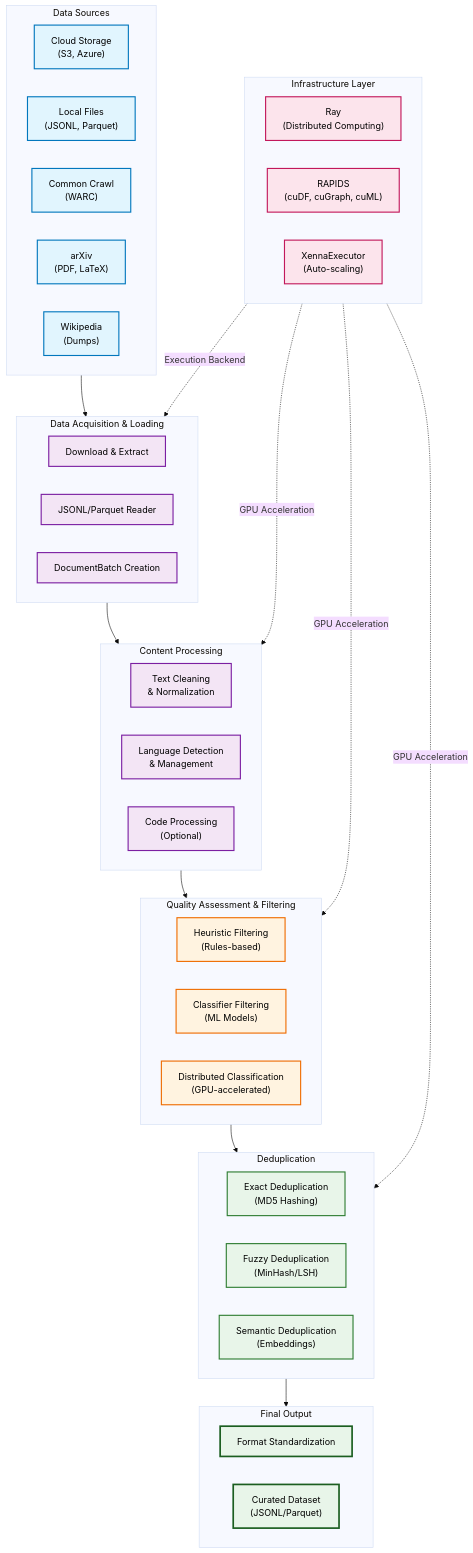
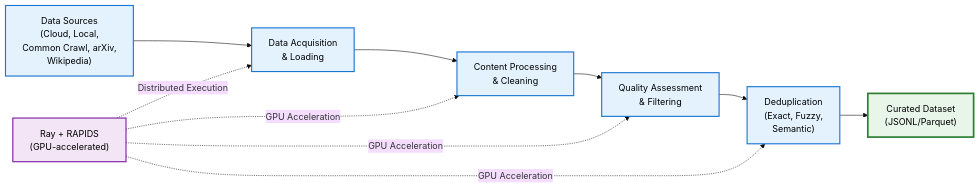
Before and after one commit to NVIDIA-NeMo/Curator: the diagram in docs/about/concepts/text/data-curation-pipeline.md, drawn with Mermaid (base theme). The commit also changed other lines of this file and 5 other files, not shown here.

````diff
--- a/docs/about/concepts/text/data-curation-pipeline.md
+++ b/docs/about/concepts/text/data-curation-pipeline.md
@@ -20,70 +20,21 @@
 ```{mermaid}
-flowchart TB
-    subgraph Sources["Data Sources"]
-        S1["Cloud Storage<br/>(S3, Azure)"]
-        S2["Local Files<br/>(JSONL, Parquet)"]
-        S3["Common Crawl<br/>(WARC)"]
-        S4["arXiv<br/>(PDF, LaTeX)"]
-        S5["Wikipedia<br/>(Dumps)"]
-    end
+flowchart LR
+    A["Data Sources<br/>(Cloud, Local,<br/>Common Crawl, arXiv,<br/>Wikipedia)"] --> B["Data Acquisition<br/>& Loading"]
+    B --> C["Content Processing<br/>& Cleaning"]
+    C --> D["Quality Assessment<br/>& Filtering"]
+    D --> E["Deduplication<br/>(Exact, Fuzzy,<br/>Semantic)"]
+    E --> F["Curated Dataset<br/>(JSONL/Parquet)"]
+    
+    G["Ray + RAPIDS<br/>(GPU-accelerated)"] -.->|"Distributed Execution"| B
+    G -.->|"GPU Acceleration"| C
+    G -.->|"GPU Acceleration"| D
+    G -.->|"GPU Acceleration"| E
 
-    subgraph Acquisition["Data Acquisition & Loading"]
-        A1["Download & Extract"]
-        A2["JSONL/Parquet Reader"]
-        A3["DocumentBatch Creation"]
-    end
+    classDef stage fill:#e3f2fd,stroke:#1976d2,stroke-width:2px,color:#000
+    classDef infra fill:#f3e5f5,stroke:#7b1fa2,stroke-width:2px,color:#000
+    classDef output fill:#e8f5e9,stroke:#2e7d32,stroke-width:3px,color:#000
 
-    subgraph Processing["Content Processing"]
-        P1["Text Cleaning<br/>& Normalization"]
-        P2["Language Detection<br/>& Management"]
-        P3["Code Processing<br/>(Optional)"]
-    end
-
-    subgraph Quality["Quality Assessment & Filtering"]
-        Q1["Heuristic Filtering<br/>(Rules-based)"]
-        Q2["Classifier Filtering<br/>(ML Models)"]
-        Q3["Distributed Classification<br/>(GPU-accelerated)"]
-    end
-
-    subgraph Dedup["Deduplication"]
-        D1["Exact Deduplication<br/>(MD5 Hashing)"]
-        D2["Fuzzy Deduplication<br/>(MinHash/LSH)"]
-        D3["Semantic Deduplication<br/>(Embeddings)"]
-    end
-
-    subgraph Output["Final Output"]
-        O1["Format Standardization"]
-        O2["Curated Dataset<br/>(JSONL/Parquet)"]
-    end
-
-    subgraph Infrastructure["Infrastructure Layer"]
-        I1["Ray<br/>(Distributed Computing)"]
-        I2["RAPIDS<br/>(cuDF, cuGraph, cuML)"]
-        I3["XennaExecutor<br/>(Auto-scaling)"]
-    end
-
-    Sources --> Acquisition
-    Acquisition --> Processing
-    Processing --> Quality
-    Quality --> Dedup
-    Dedup --> Output
-
-    Infrastructure -.->|"Execution Backend"| Acquisition
-    Infrastructure -.->|"GPU Acceleration"| Processing
-    Infrastructure -.->|"GPU Acceleration"| Quality
-    Infrastructure -.->|"GPU Acceleration"| Dedup
-
-    classDef source fill:#e1f5fe,stroke:#0277bd,stroke-width:2px,color:#000
-    classDef process fill:#f3e5f5,stroke:#7b1fa2,stroke-width:2px,color:#000
-    classDef quality fill:#fff3e0,stroke:#ef6c00,stroke-width:2px,color:#000
-    classDef dedup fill:#e8f5e9,stroke:#2e7d32,stroke-width:2px,color:#000
-    classDef output fill:#e8f5e9,stroke:#1b5e20,stroke-width:3px,color:#000
-    classDef infra fill:#fce4ec,stroke:#c2185b,stroke-width:2px,color:#000
-
-    class S1,S2,S3,S4,S5 source
-    class A1,A2,A3,P1,P2,P3 process
-    class Q1,Q2,Q3 quality
-    class D1,D2,D3 dedup
-    class O1,O2 output
-    class I1,I2,I3 infra
+    class A,B,C,D,E stage
+    class F output
+    class G infra
 ```
````
